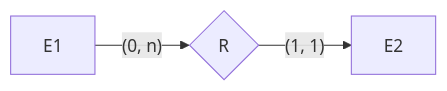
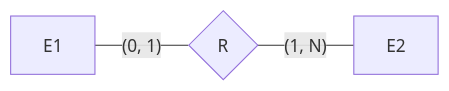
Before and after one commit to SiegeSailor/vault-personal: the third of 7 diagrams in master-notes/BU/579/assignments/2/README.md, drawn with Mermaid. The commit also changed other lines of this file and 2 other files, not shown here.

````diff
--- a/master-notes/BU/579/assignments/2/README.md
+++ b/master-notes/BU/579/assignments/2/README.md
@@ -87,5 +87,5 @@
 ```mermaid
 flowchart LR
-    E1 -->|"(0, n)"| R{R}
-    R -->|"(1, 1)"| E2
+    E1 ---|"(0, 1)"| R{R}
+    R ---|"(1, N)"| E2
 ```
````
